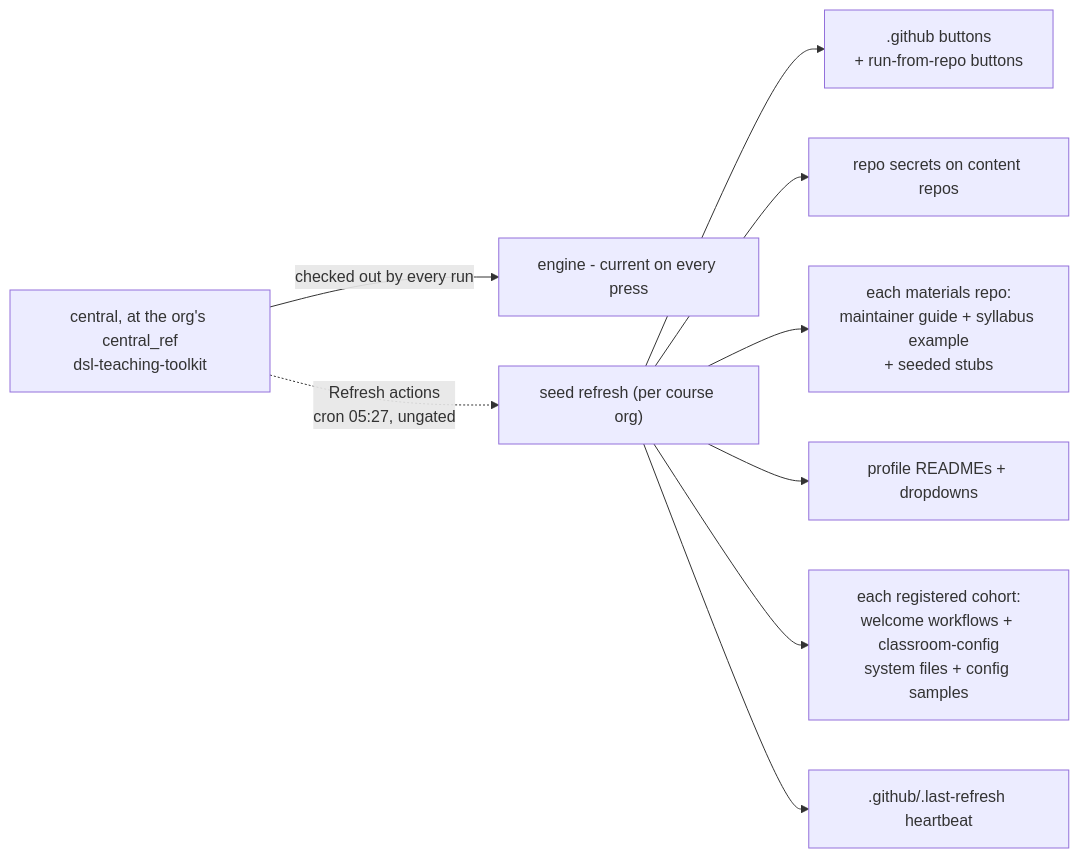
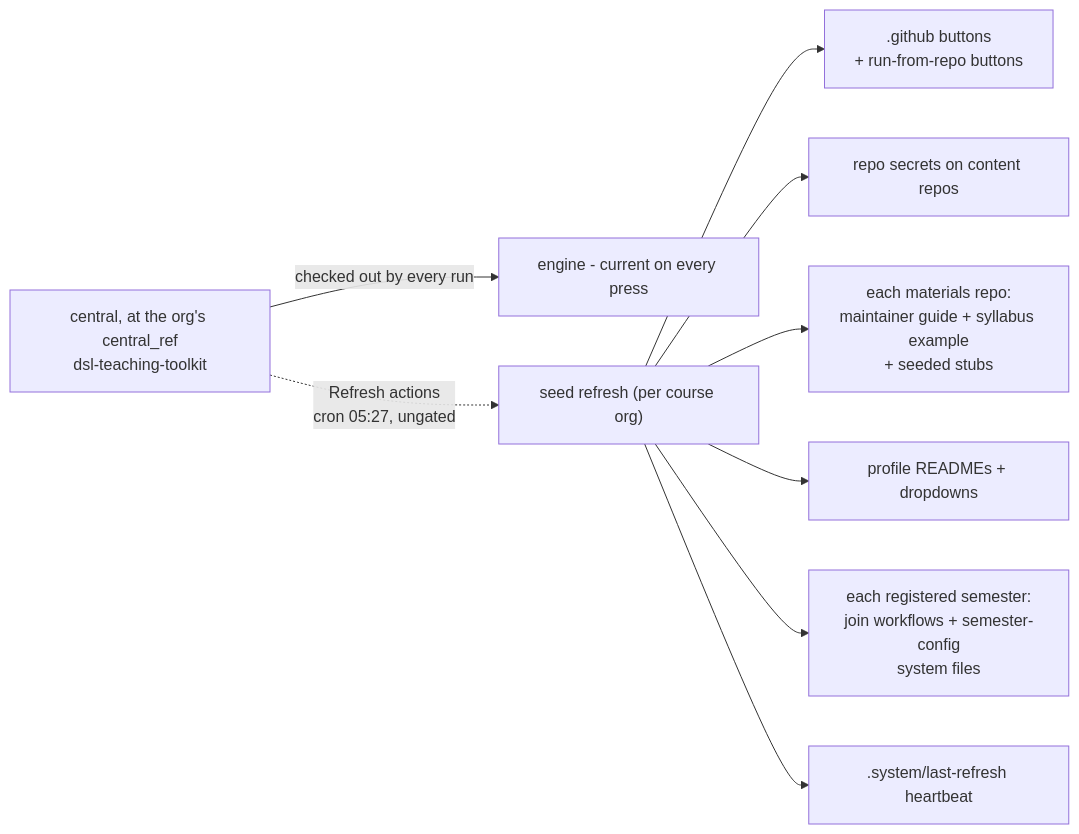
Before and after one commit to hertie-data-science-lab/dsl-teaching-toolkit: the eighth of 10 diagrams in docs-admin-arch/architecture.md, drawn with Mermaid. The commit also changed other lines of this file and 290 other files, not shown here.

````diff
--- a/docs-admin-arch/architecture.md
+++ b/docs-admin-arch/architecture.md
@@ -479,19 +481,19 @@
 ```mermaid
 flowchart LR
   c["`central, at the org's central_ref
 dsl-teaching-toolkit`"]
   c -->|"checked out by every run"| eng["engine - current on every press"]
   c -.->|"`Refresh actions
 cron 05:27, ungated`"| sr["seed refresh (per course org)"]
   sr --> w["`.github buttons
 + run-from-repo buttons`"]
   sr --> sec["repo secrets on content repos"]
   sr --> sys["`each materials repo:
 maintainer guide + syllabus example
 + seeded stubs`"]
   sr --> pr["profile READMEs + dropdowns"]
-  sr --> coh["`each registered cohort:
-welcome workflows + classroom-config
-system files + config samples`"]
-  sr --> hb[".github/.last-refresh heartbeat"]
+  sr --> coh["`each registered semester:
+join workflows + semester-config
+system files`"]
+  sr --> hb[".system/last-refresh heartbeat"]
 ```
````
